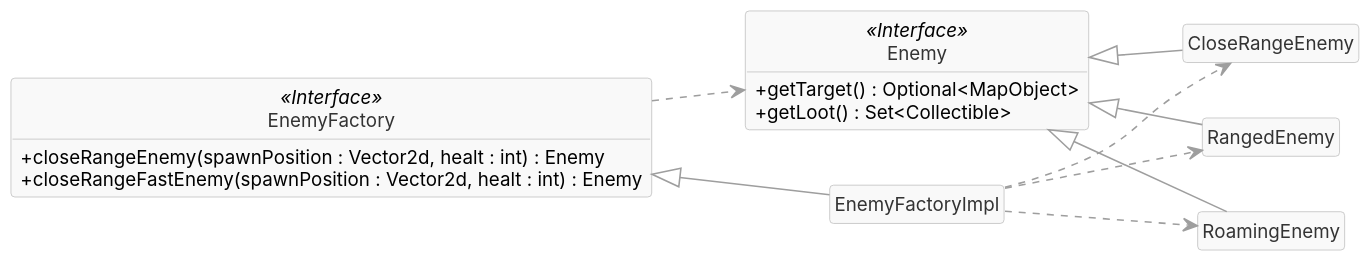
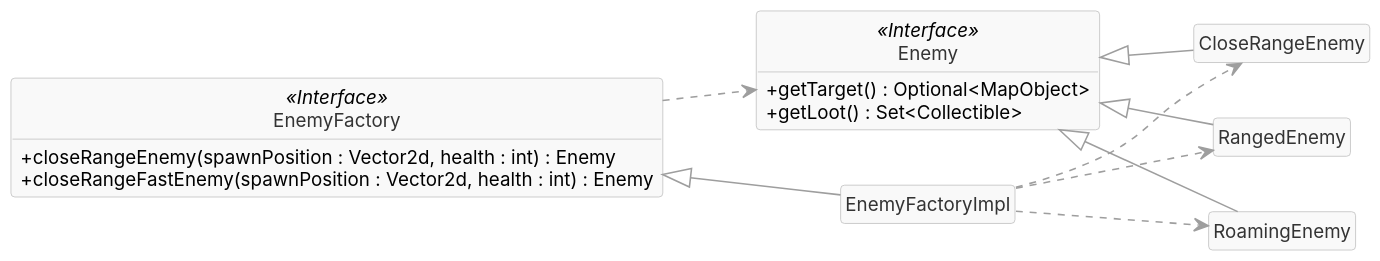
Before and after one commit to GiocoMatto/OOP25-wildenc: the diagram in report/uml/FactoryEnemy.puml, drawn with PlantUML. The commit also changed 27 other files, not shown here.

```diff
--- a/report/uml/FactoryEnemy.puml
+++ b/report/uml/FactoryEnemy.puml
@@ -1,66 +1,66 @@
 @startuml FactoryEnemy
 
 ' =========================
 '  Style
 ' =========================
 
 left to right direction
 
 skinparam shadowing false
 skinparam roundcorner 5
 skinparam dpi 150
 
 skinparam DefaultFontName "Inter"
 skinparam DefaultFontSize 12
 skinparam classAttributeIconSize 0
 
 skinparam class {
   BackgroundColor #F9F9F9
   BorderColor #BFBFBF
   FontColor #333333
 }
 
 skinparam Arrow {
   Color #9E9E9E
   Thickness 1
 }
 
 hide circle
 hide empty members
 
 ' =========================
 '  Classes
 ' =========================
 
 class EnemyFactory <<Interface>> {
-  +closeRangeEnemy(spawnPosition : Vector2d, healt : int) : Enemy
-  +closeRangeFastEnemy(spawnPosition : Vector2d, healt : int) : Enemy
+  +closeRangeEnemy(spawnPosition : Vector2d, health : int) : Enemy
+  +closeRangeFastEnemy(spawnPosition : Vector2d, health : int) : Enemy
 }
 
 class Enemy <<Interface>> {
     +getTarget() : Optional<MapObject>
     +getLoot() : Set<Collectible>
 }
 
 class EnemyFactoryImpl {
 
 }
 
 class CloseRangeEnemy { }
 class RangedEnemy { }
 class RoamingEnemy { }
 
 ' =========================
 '  Relations
 ' =========================
 
 EnemyFactory <|-- EnemyFactoryImpl
 Enemy <|-- CloseRangeEnemy
 Enemy <|-- RangedEnemy
 Enemy <|-- RoamingEnemy
 EnemyFactory ..> Enemy
 EnemyFactoryImpl ..> CloseRangeEnemy
 EnemyFactoryImpl ..> RangedEnemy
 EnemyFactoryImpl ..> RoamingEnemy
 
 @enduml
```
